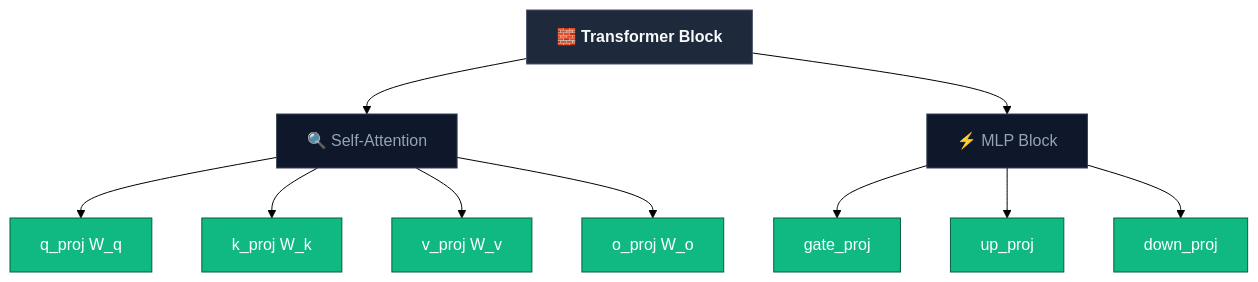
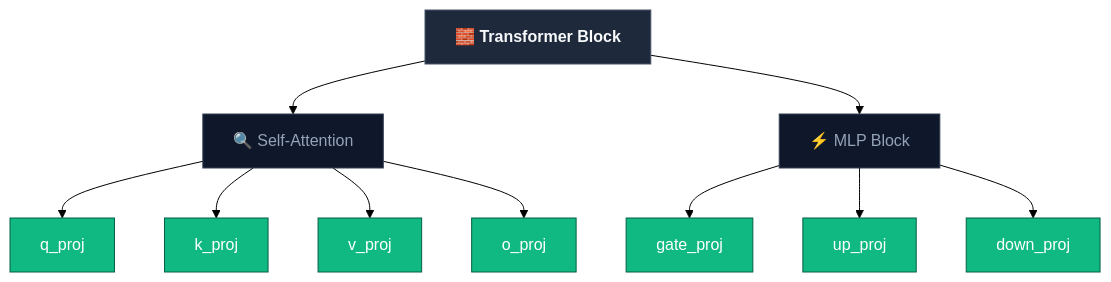
Before and after one commit to tripplen23/finetuning-sessions: the fourth of 5 diagrams in week3/CONTEXT.md, drawn with Mermaid (forest theme). The commit also changed other lines of this file, not shown here.

````diff
--- a/week3/CONTEXT.md
+++ b/week3/CONTEXT.md
@@ -405,20 +311,17 @@
 ```mermaid
 graph TD
     TF["🧱 Transformer Block"]:::block
-
     TF --> ATT["🔍 Self-Attention"]:::section
     TF --> MLP["⚡ MLP Block"]:::section
-
-    ATT --> Wq["q_proj  W_q"]:::lora
-    ATT --> Wk["k_proj  W_k"]:::lora
-    ATT --> Wv["v_proj  W_v"]:::lora
-    ATT --> Wo["o_proj  W_o"]:::lora
-
+    ATT --> Wq["q_proj"]:::lora
+    ATT --> Wk["k_proj"]:::lora
+    ATT --> Wv["v_proj"]:::lora
+    ATT --> Wo["o_proj"]:::lora
     MLP --> Wg["gate_proj"]:::lora
     MLP --> Wu["up_proj"]:::lora
     MLP --> Wd["down_proj"]:::lora
 
     classDef block   fill:#1E293B,stroke:#475569,color:#F8FAFC,font-weight:bold
     classDef section fill:#0F172A,stroke:#334155,color:#94A3B8
     classDef lora    fill:#10B981,stroke:#065F46,color:#fff
 ```
````
